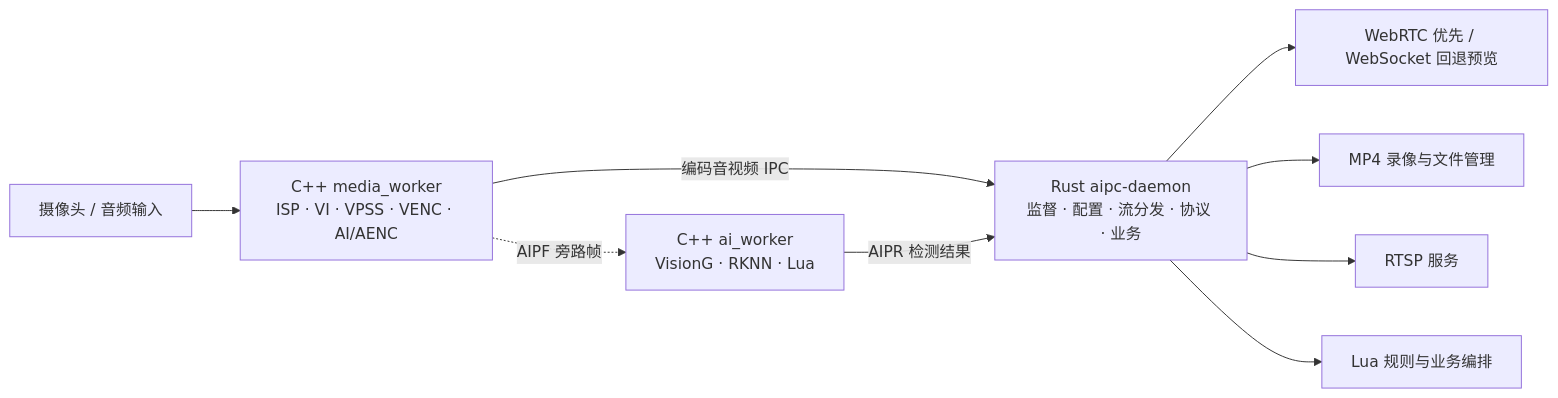
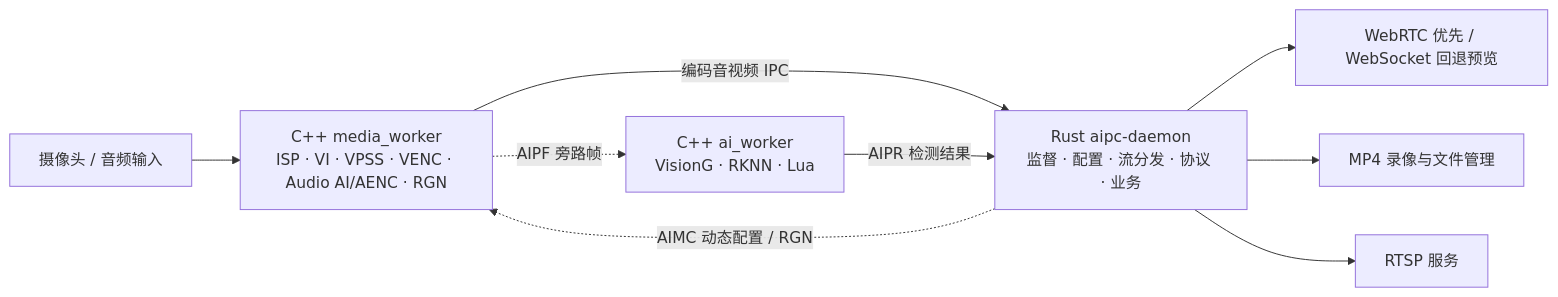
One commit to Hyrsoft/aipc changed the diagram in README.md. Above: the diagram before and after it, drawn with Mermaid. The commit also changed other lines of this file, not shown here.

Commit message:
docs: update README for AI worker architecture

````diff
--- a/README.md
+++ b/README.md
@@ -36,11 +36,11 @@
 ```mermaid
 flowchart LR
-    C[摄像头 / 音频输入] --> W[C++ media_worker<br/>ISP · VI · VPSS · VENC · AI/AENC]
+    C[摄像头 / 音频输入] --> W[C++ media_worker<br/>ISP · VI · VPSS · VENC · Audio AI/AENC · RGN]
     W -- 编码音视频 IPC --> R[Rust aipc-daemon<br/>监督 · 配置 · 流分发 · 协议 · 业务]
     R --> P[WebRTC 优先 / WebSocket 回退预览]
     R --> M[MP4 录像与文件管理]
     R --> T[RTSP 服务]
-    R --> L[Lua 规则与业务编排]
     W -. AIPF 旁路帧 .-> K[C++ ai_worker<br/>VisionG · RKNN · Lua]
     K -- AIPR 检测结果 --> R
+    R -. AIMC 动态配置 / RGN .-> W
 ```
````
